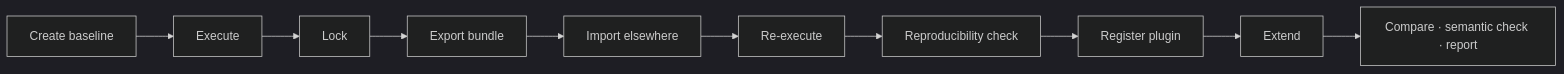
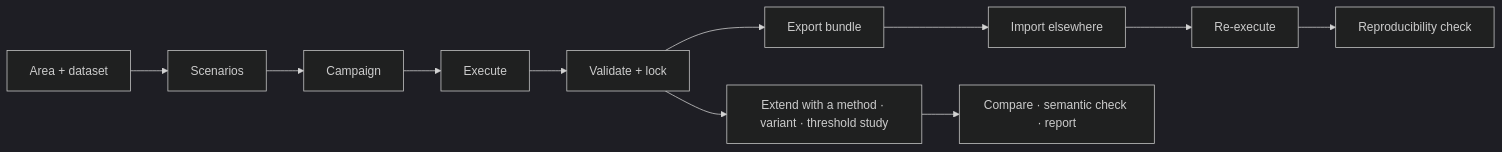
The second of 2 diagrams in README.md (OkbaBenatia/move-openlab-framework), drawn with Mermaid (dark theme) before and after one commit. The commit also changed other lines of this file and 13 other files, not shown here.

````diff
--- a/README.md
+++ b/README.md
@@ -59,6 +64,6 @@
 ```mermaid
 flowchart LR
-  A[Create baseline] --> B[Execute] --> C[Lock] --> D[Export bundle]
-  D --> E[Import elsewhere] --> F[Re-execute] --> G[Reproducibility check]
-  G --> H[Register plugin] --> I[Extend] --> J[Compare · semantic check · report]
+  A[Area + dataset] --> B[Scenarios] --> C[Campaign] --> D[Execute] --> E[Validate + lock]
+  E --> F[Export bundle] --> G[Import elsewhere] --> H[Re-execute] --> I[Reproducibility check]
+  E --> J[Extend with a method · variant · threshold study] --> K[Compare · semantic check · report]
 ```
````
